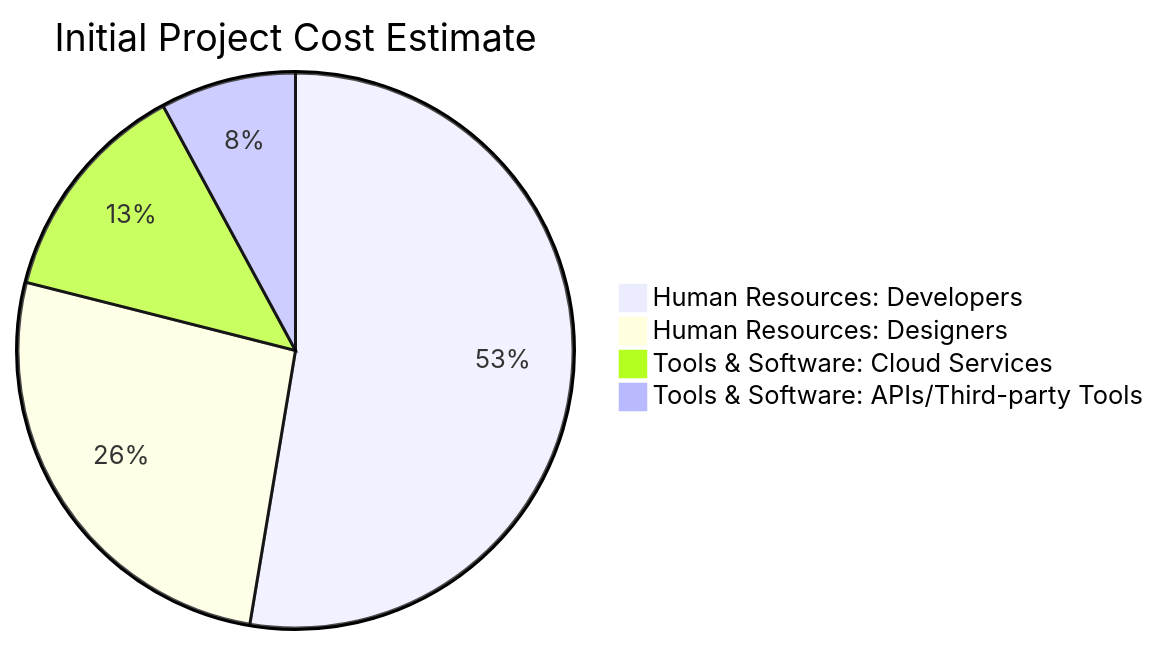
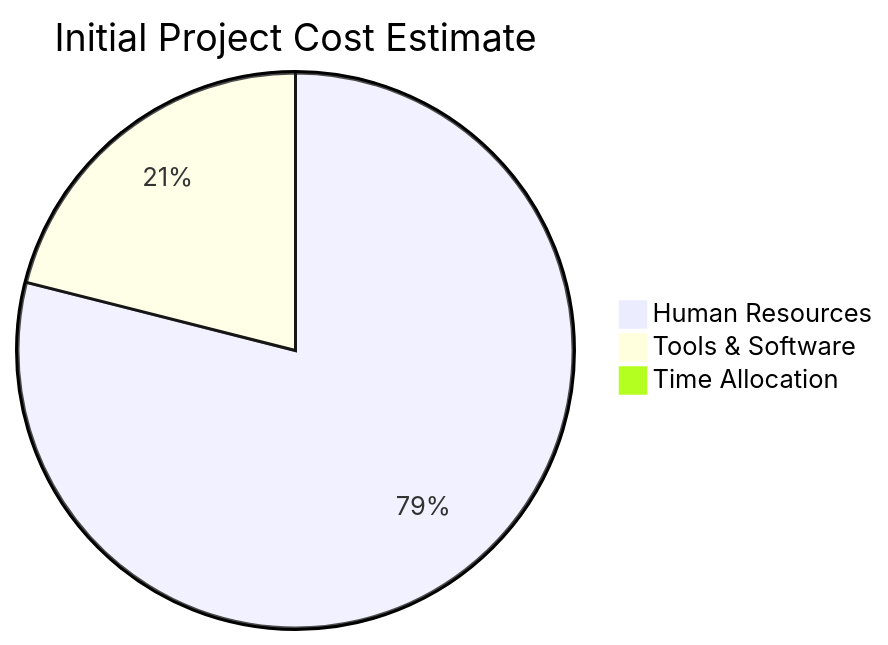
Before and after one commit to saikanov/ridwan-curhat: the fifth of 6 diagrams in README.md, drawn with Mermaid. The commit also changed other lines of this file, not shown here.

````diff
--- a/README.md
+++ b/README.md
@@ -114,8 +41,7 @@
 ```mermaid
 pie
     title Initial Project Cost Estimate
-    "Human Resources: Developers" : 20000
-    "Human Resources: Designers" : 10000
-    "Tools & Software: Cloud Services" : 5000
-    "Tools & Software: APIs/Third-party Tools" : 3000
+    "Human Resources" : 30000
+    "Tools & Software" : 8000
+    "Time Allocation" : 0
 ```
````
